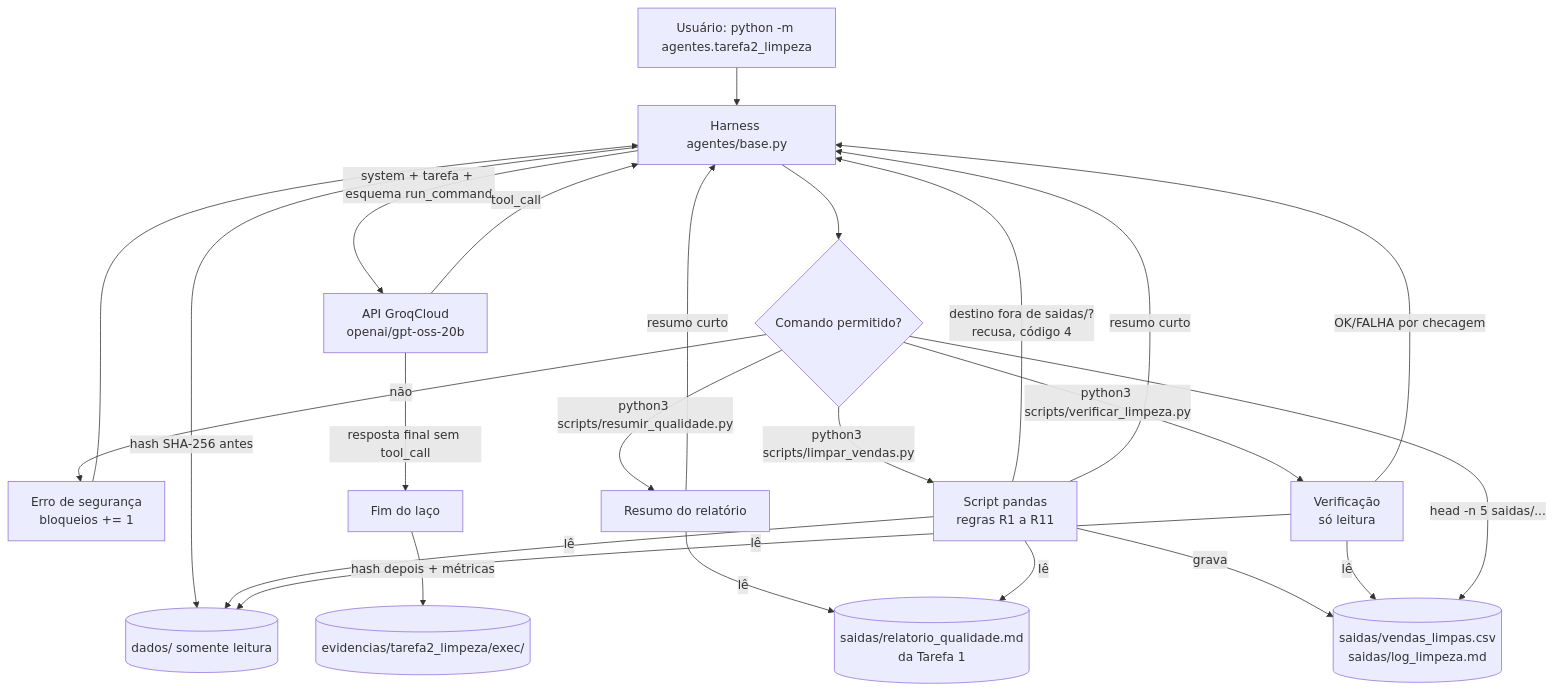
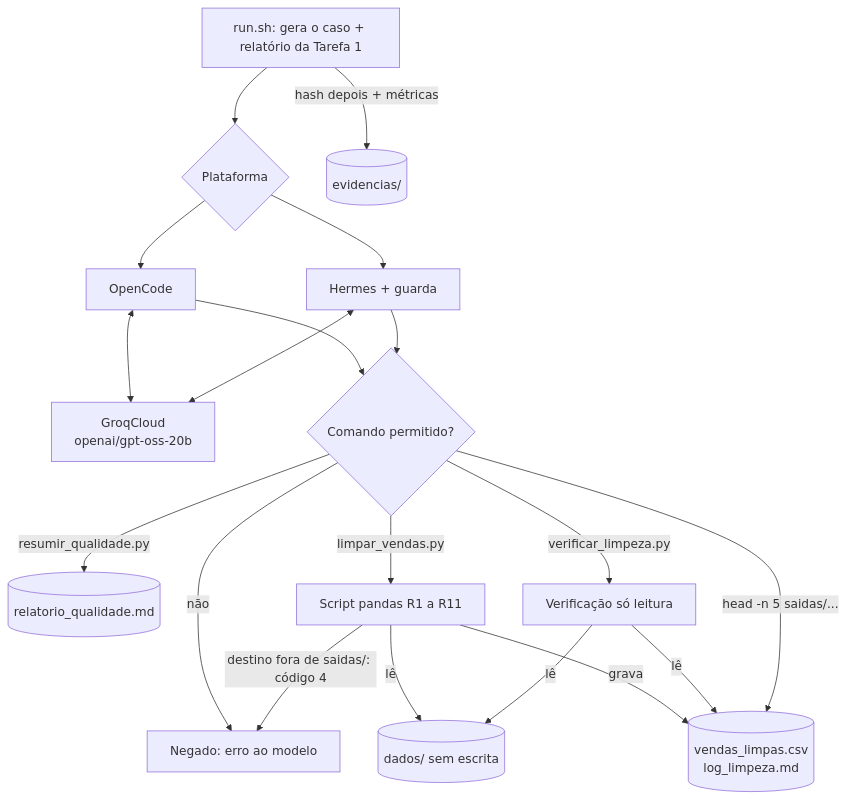
The diagram in docs/tarefa2_limpeza.md (radonix/AV3_ML_Agent_Harnessing), drawn with Mermaid before and after one commit. The commit also changed other lines of this file and 265 other files, not shown here.

````diff
--- a/docs/tarefa2_limpeza.md
+++ b/docs/tarefa2_limpeza.md
@@ -54,26 +46,21 @@
 ```mermaid
 flowchart TD
-    U[Usuário: python -m agentes.tarefa2_limpeza] --> H[Harness agentes/base.py]
-    H -->|hash SHA-256 antes| D[(dados/ somente leitura)]
-    H -->|system + tarefa + esquema run_command| G[API GroqCloud<br/>openai/gpt-oss-20b]
-    G -->|tool_call| H
-    H --> V{Comando permitido?}
-    V -->|não| B[Erro de segurança<br/>bloqueios += 1]
-    B --> H
-    V -->|python3 scripts/resumir_qualidade.py| R[Resumo do relatório]
-    R -->|lê| Q[(saidas/relatorio_qualidade.md<br/>da Tarefa 1)]
-    V -->|python3 scripts/limpar_vendas.py| S[Script pandas<br/>regras R1 a R11]
-    S -->|lê| D
-    S -->|lê| Q
-    S -->|destino fora de saidas/?<br/>recusa, código 4| H
-    S -->|grava| O[(saidas/vendas_limpas.csv<br/>saidas/log_limpeza.md)]
-    V -->|python3 scripts/verificar_limpeza.py| C[Verificação<br/>só leitura]
+    R[run.sh: gera o caso + relatório da Tarefa 1] --> P{Plataforma}
+    P --> OC[OpenCode]
+    P --> HE[Hermes + guarda]
+    OC <--> G[GroqCloud<br/>openai/gpt-oss-20b]
+    HE <--> G
+    OC --> V{Comando permitido?}
+    HE --> V
+    V -->|não| N[Negado: erro ao modelo]
+    V -->|resumir_qualidade.py| Q[(relatorio_qualidade.md)]
+    V -->|limpar_vendas.py| S[Script pandas R1 a R11]
+    S -->|lê| D[(dados/ sem escrita)]
+    S -->|destino fora de saidas/: código 4| N
+    S -->|grava| O[(vendas_limpas.csv<br/>log_limpeza.md)]
+    V -->|verificar_limpeza.py| C[Verificação só leitura]
     C -->|lê| D
     C -->|lê| O
     V -->|head -n 5 saidas/...| O
-    R -->|resumo curto| H
-    S -->|resumo curto| H
-    C -->|OK/FALHA por checagem| H
-    G -->|resposta final sem tool_call| F[Fim do laço]
-    F -->|hash depois + métricas| E[(evidencias/tarefa2_limpeza/exec/)]
+    R -->|hash depois + métricas| E[(evidencias/)]
 ```
````
